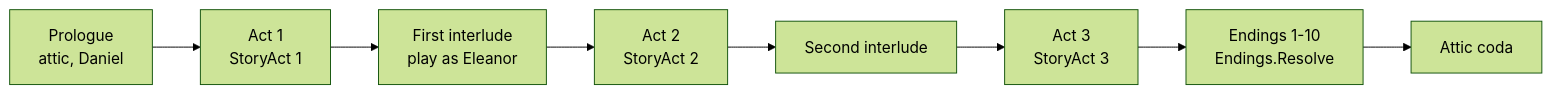
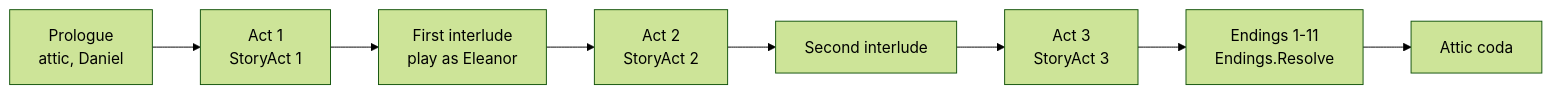
Before and after one commit to MaxDac/Repentance: the fourth of 4 diagrams in docs/architecture.md, drawn with Mermaid (forest theme). The commit also changed 27 other files, not shown here.

````diff
--- a/docs/architecture.md
+++ b/docs/architecture.md
@@ -117,10 +117,10 @@
 ```mermaid
 flowchart LR
     P[Prologue<br/>attic, Daniel] --> A1[Act 1<br/>StoryAct 1]
     A1 --> I1[First interlude<br/>play as Eleanor]
     I1 --> A2[Act 2<br/>StoryAct 2]
     A2 --> I2[Second interlude]
     I2 --> A3[Act 3<br/>StoryAct 3]
-    A3 --> E[Endings 1-10<br/>Endings.Resolve]
+    A3 --> E[Endings 1-11<br/>Endings.Resolve]
     E --> C[Attic coda]
 ```
````
